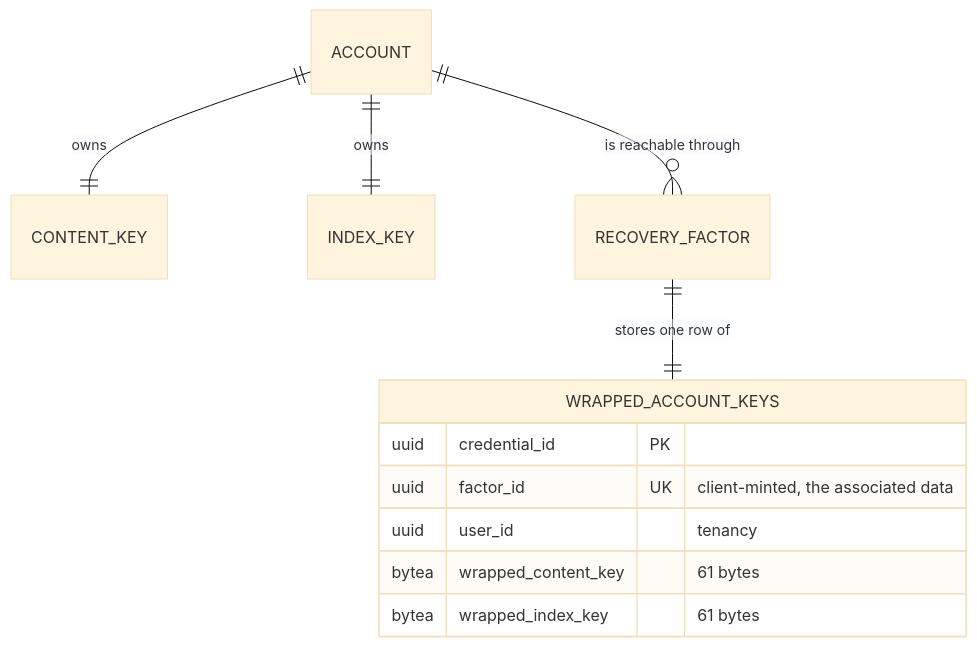
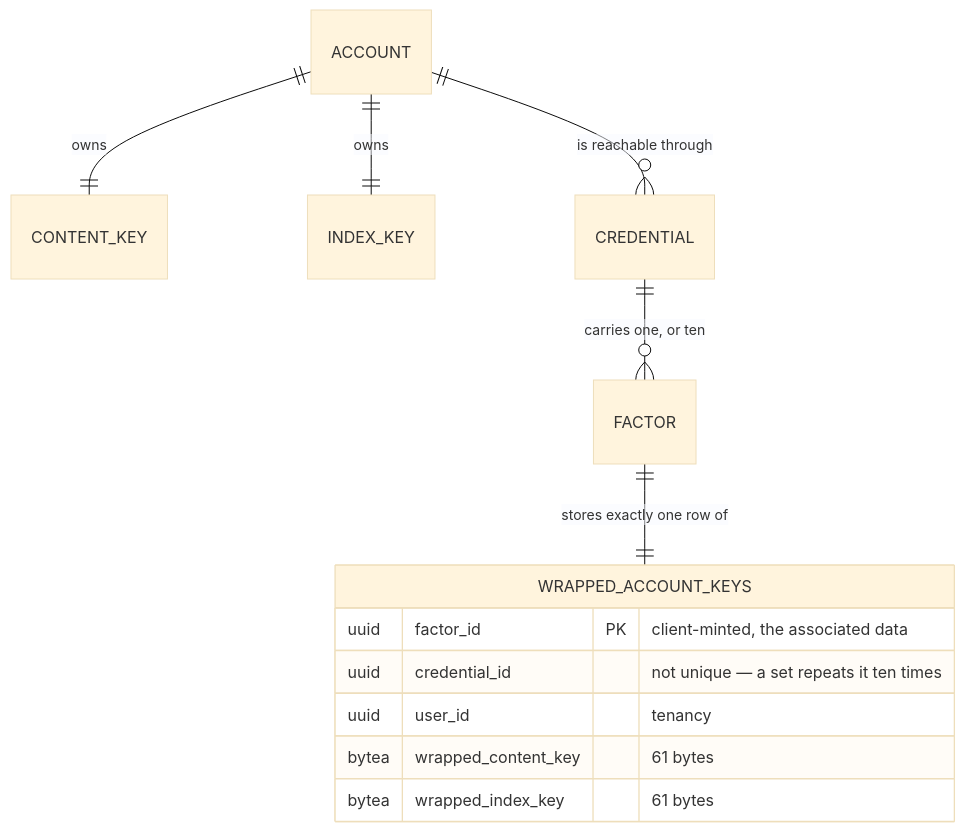
The diagram in docs/business-logic/account-keys.md (anton-kochev/budgetoid), drawn with Mermaid (base theme) before and after one commit. The commit also changed other lines of this file and 46 other files, not shown here.

````diff
--- a/docs/business-logic/account-keys.md
+++ b/docs/business-logic/account-keys.md
@@ -62,14 +67,15 @@
 ```mermaid
 erDiagram
     ACCOUNT ||--|| CONTENT_KEY : owns
     ACCOUNT ||--|| INDEX_KEY : owns
-    ACCOUNT ||--o{ RECOVERY_FACTOR : "is reachable through"
-    RECOVERY_FACTOR ||--|| WRAPPED_ACCOUNT_KEYS : "stores one row of"
+    ACCOUNT ||--o{ CREDENTIAL : "is reachable through"
+    CREDENTIAL ||--o{ FACTOR : "carries one, or ten"
+    FACTOR ||--|| WRAPPED_ACCOUNT_KEYS : "stores exactly one row of"
     WRAPPED_ACCOUNT_KEYS {
-        uuid credential_id PK
-        uuid factor_id UK "client-minted, the associated data"
+        uuid factor_id PK "client-minted, the associated data"
+        uuid credential_id "not unique — a set repeats it ten times"
         uuid user_id "tenancy"
         bytea wrapped_content_key "61 bytes"
         bytea wrapped_index_key "61 bytes"
     }
 ```
````
